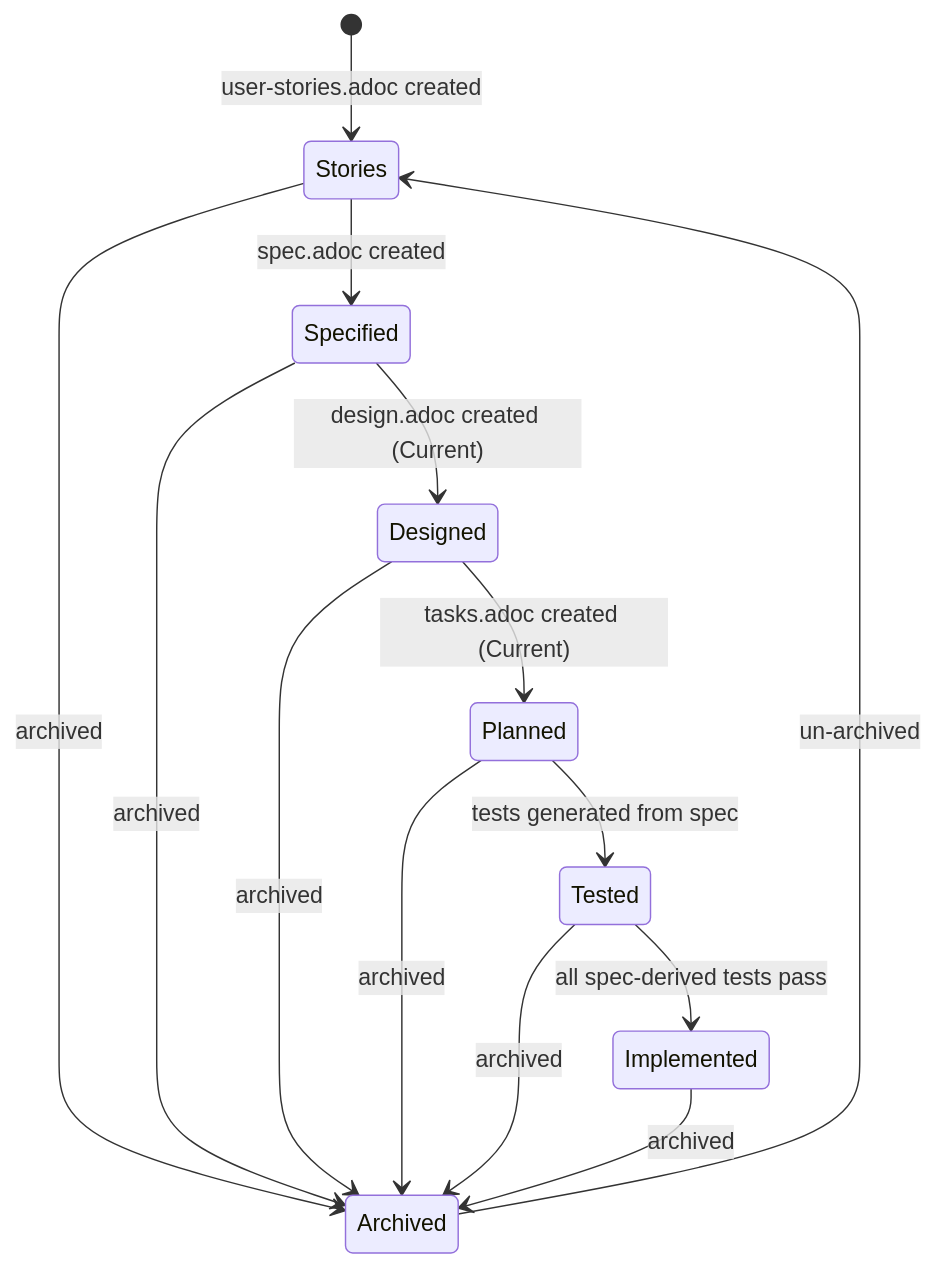
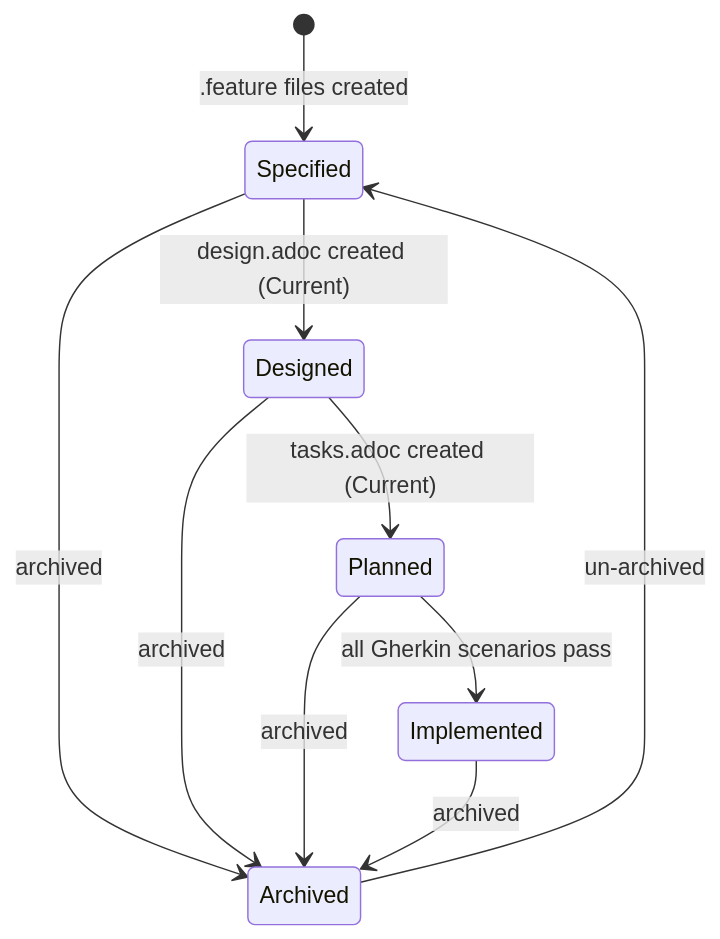
One commit to provenimpact/proven-needs changed the sixth of 7 diagrams in skills/proven-needs/SKILL.md. Above: the diagram before and after it, drawn with Mermaid. The commit also changed other lines of this file and 18 other files, not shown here.

First line of the commit message:
feat!: replace stories, spec, and tests with unified Gherkin feature files

````diff
--- a/skills/proven-needs/SKILL.md
+++ b/skills/proven-needs/SKILL.md
@@ -751,17 +746,13 @@
 ```mermaid
 stateDiagram-v2
-    [*] --> Stories : user-stories.adoc created
-    Stories --> Specified : spec.adoc created
+    [*] --> Specified : .feature files created
     Specified --> Designed : design.adoc created (Current)
     Designed --> Planned : tasks.adoc created (Current)
-    Planned --> Tested : tests generated from spec
-    Tested --> Implemented : all spec-derived tests pass
+    Planned --> Implemented : all Gherkin scenarios pass
 
-    Stories --> Archived : archived
     Specified --> Archived : archived
     Designed --> Archived : archived
     Planned --> Archived : archived
-    Tested --> Archived : archived
     Implemented --> Archived : archived
-    Archived --> Stories : un-archived
+    Archived --> Specified : un-archived
 ```
````
